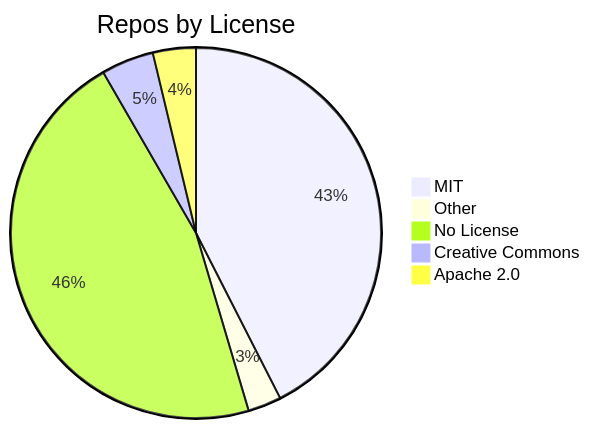
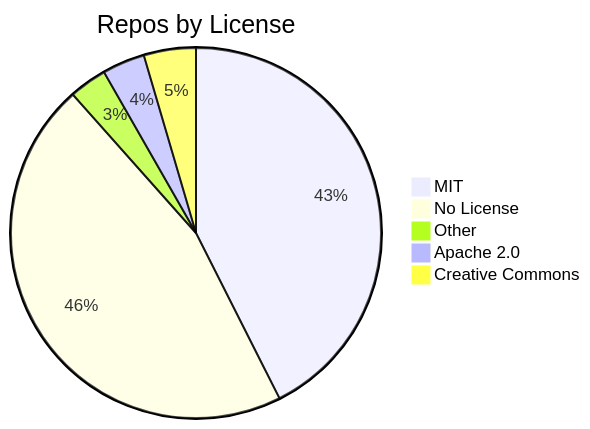
One commit to jpatterson933/awesome-mcp-server-repo-index changed the diagram in README.md. Above: the diagram before and after it, drawn with Mermaid. The commit also changed other lines of this file and 3 other files, not shown here.

````diff
--- a/README.md
+++ b/README.md
@@ -29,8 +29,8 @@
 ```mermaid
 pie title Repos by License
-    "MIT" : 102
-    "Other" : 7
+    "MIT" : 103
     "No License" : 111
+    "Other" : 8
+    "Apache 2.0" : 9
     "Creative Commons" : 11
-    "Apache 2.0" : 9
 ```
````
